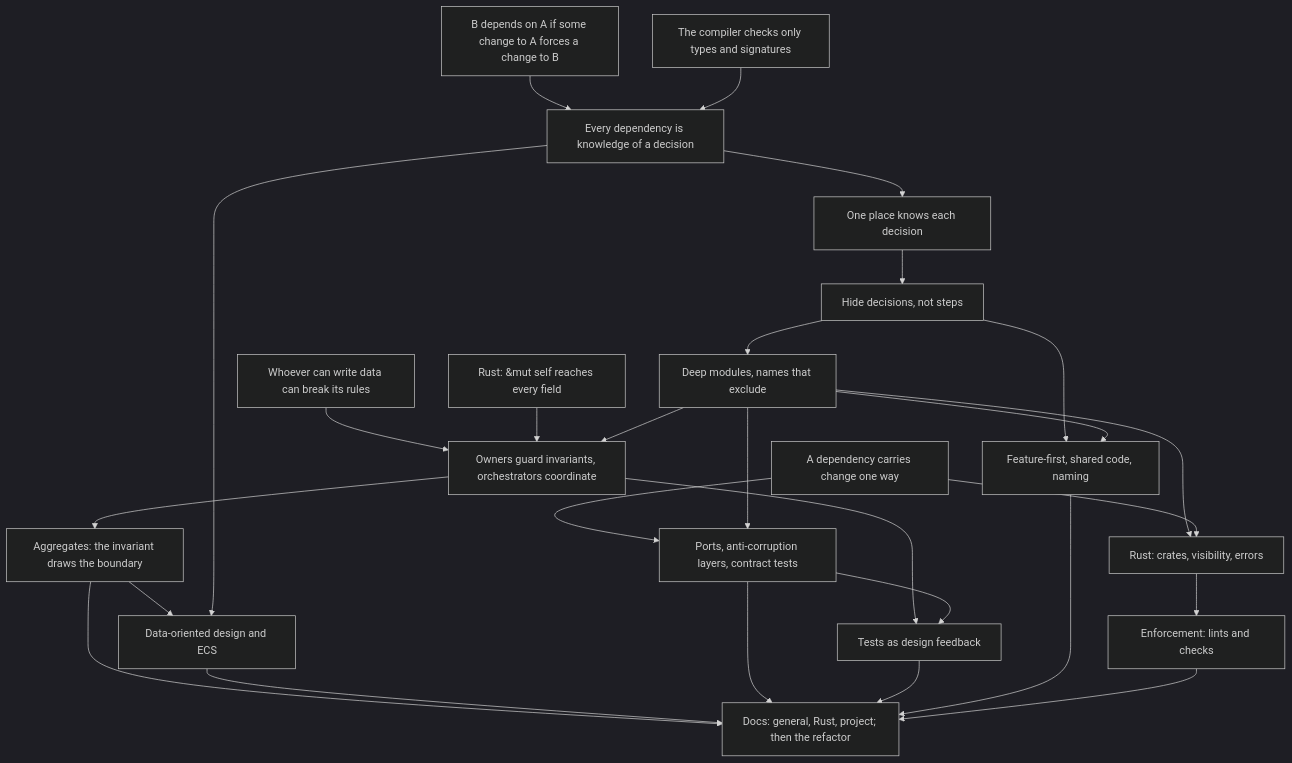
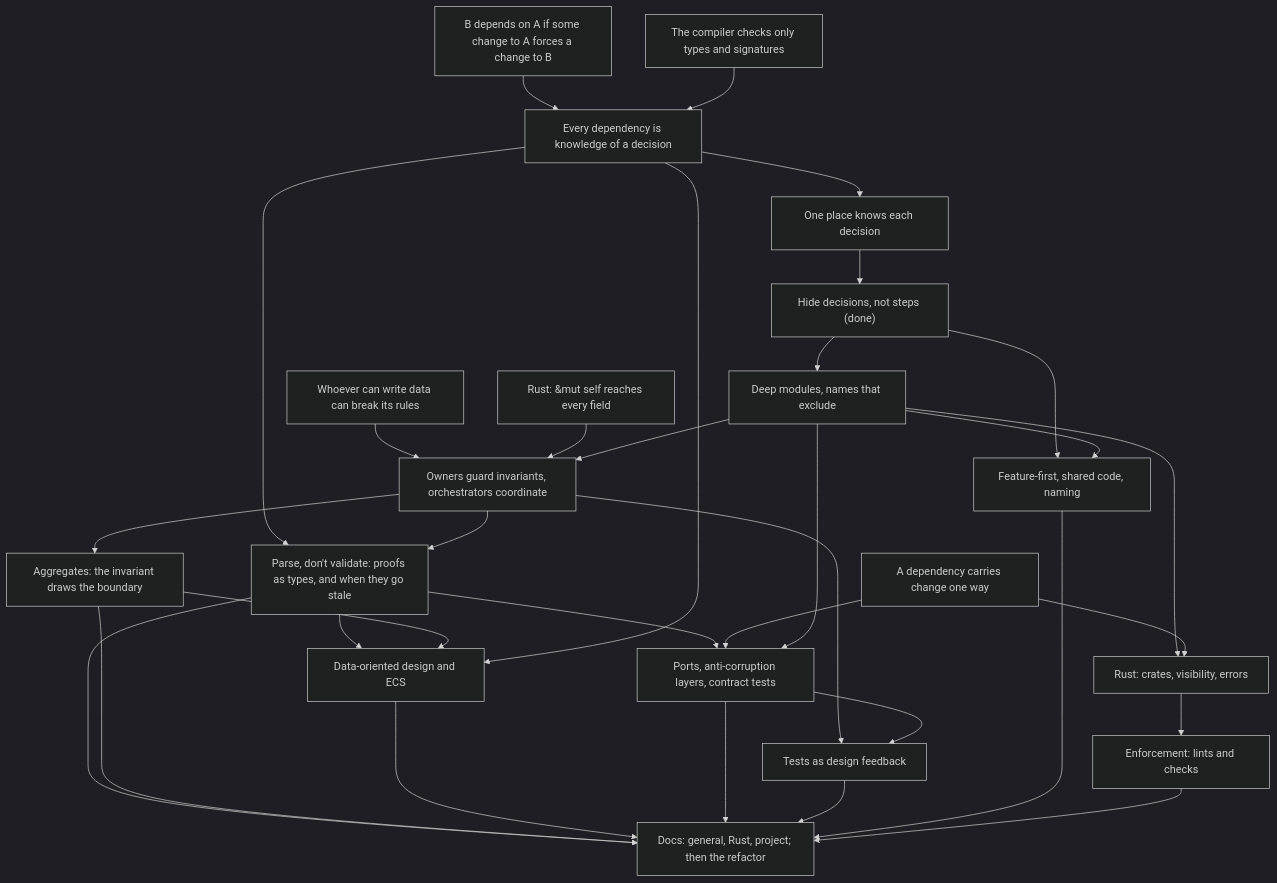
Before and after one commit to EMachad0/CardGameEngine: the diagram in docs/course/architecture/COURSE.md, drawn with Mermaid (dark theme). The commit also changed other lines of this file and 9 other files, not shown here.

Commit message:
Close architecture session 01a: hiding decisions, not steps; audit in two rounds; PR verdicts for #10 and #14; refactor per node; parse, don't validate planned; session log; prepare 01b log

````diff
--- a/docs/course/architecture/COURSE.md
+++ b/docs/course/architecture/COURSE.md
@@ -172,49 +249,55 @@
 ```mermaid
 graph TD
   U1["B depends on A if some change to A forces a change to B"]
   U2["The compiler checks only types and signatures"]
   R1["Every dependency is knowledge of a decision"]
   OP["One place knows each decision"]
   R2["Whoever can write data can break its rules"]
   R3["A dependency carries change one way"]
   R4["Rust: &mut self reaches every field"]
 
-  H["Hide decisions, not steps"]
+  H["Hide decisions, not steps (done)"]
   D["Deep modules, names that exclude"]
   O["Owners guard invariants, orchestrators coordinate"]
   A["Aggregates: the invariant draws the boundary"]
+  PDV["Parse, don't validate: proofs as types, and when they go stale"]
   DOD["Data-oriented design and ECS"]
   P["Ports, anti-corruption layers, contract tests"]
   T["Tests as design feedback"]
   F["Feature-first, shared code, naming"]
   RS["Rust: crates, visibility, errors"]
   E["Enforcement: lints and checks"]
   DOCS["Docs: general, Rust, project; then the refactor"]
 
   U1-->R1
   U2-->R1
   R1-->OP
   OP-->H
   H-->D
   R2-->O
   R4-->O
   D-->O
   O-->A
+  R1-->PDV
+  O-->PDV
+  PDV-->DOD
+  PDV-->P
+  PDV-->DOCS
   A-->DOD
   R1-->DOD
   R3-->P
   D-->P
   O-->T
   P-->T
   H-->F
   D-->F
   D-->RS
   R3-->RS
   RS-->E
   A-->DOCS
   DOD-->DOCS
   P-->DOCS
   T-->DOCS
   F-->DOCS
   E-->DOCS
 ```
````
